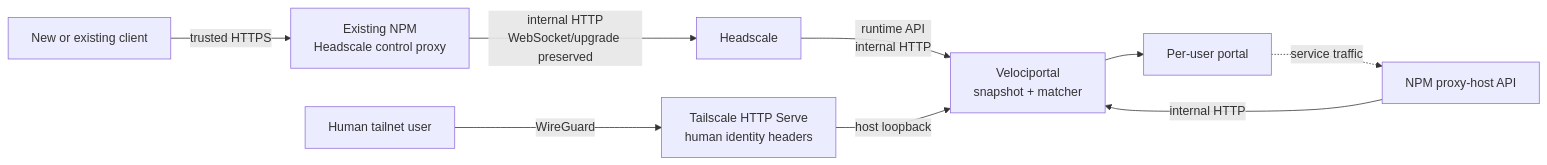
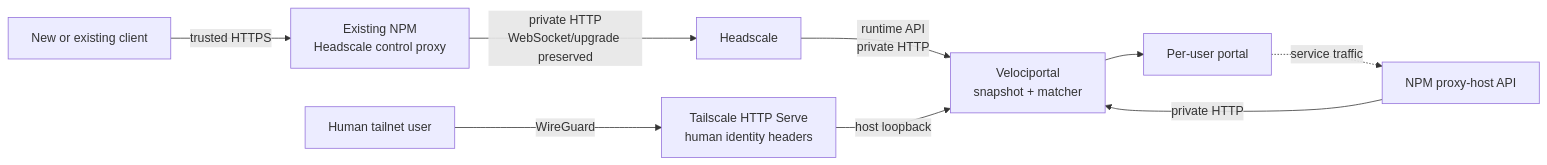
Before and after one commit to cybersader/velociportal: the diagram in README.md, drawn with Mermaid. The commit also changed other lines of this file and 19 other files, not shown here.

````diff
--- a/README.md
+++ b/README.md
@@ -44,11 +44,11 @@
 ```mermaid
 flowchart LR
     Client["New or existing client"] -->|"trusted HTTPS"| NPMControl["Existing NPM<br/>Headscale control proxy"]
-    NPMControl -->|"internal HTTP<br/>WebSocket/upgrade preserved"| HS["Headscale"]
-    HS -->|"runtime API<br/>internal HTTP"| VP["Velociportal<br/>snapshot + matcher"]
-    NPM["NPM proxy-host API"] -->|"internal HTTP"| VP
+    NPMControl -->|"private HTTP<br/>WebSocket/upgrade preserved"| HS["Headscale"]
+    HS -->|"runtime API<br/>private HTTP"| VP["Velociportal<br/>snapshot + matcher"]
+    NPM["NPM proxy-host API"] -->|"private HTTP"| VP
     Human["Human tailnet user"] -->|"WireGuard"| Serve["Tailscale HTTP Serve<br/>human identity headers"]
     Serve -->|"host loopback"| VP
     VP --> Portal["Per-user portal"]
     Portal -. "service traffic" .-> NPM
 ```
````
